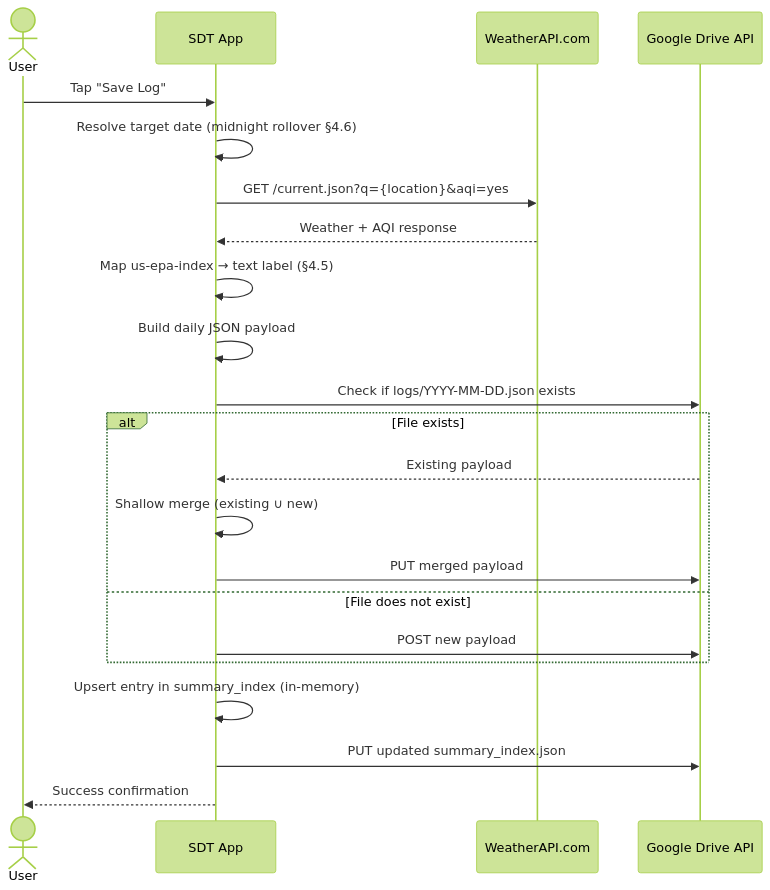
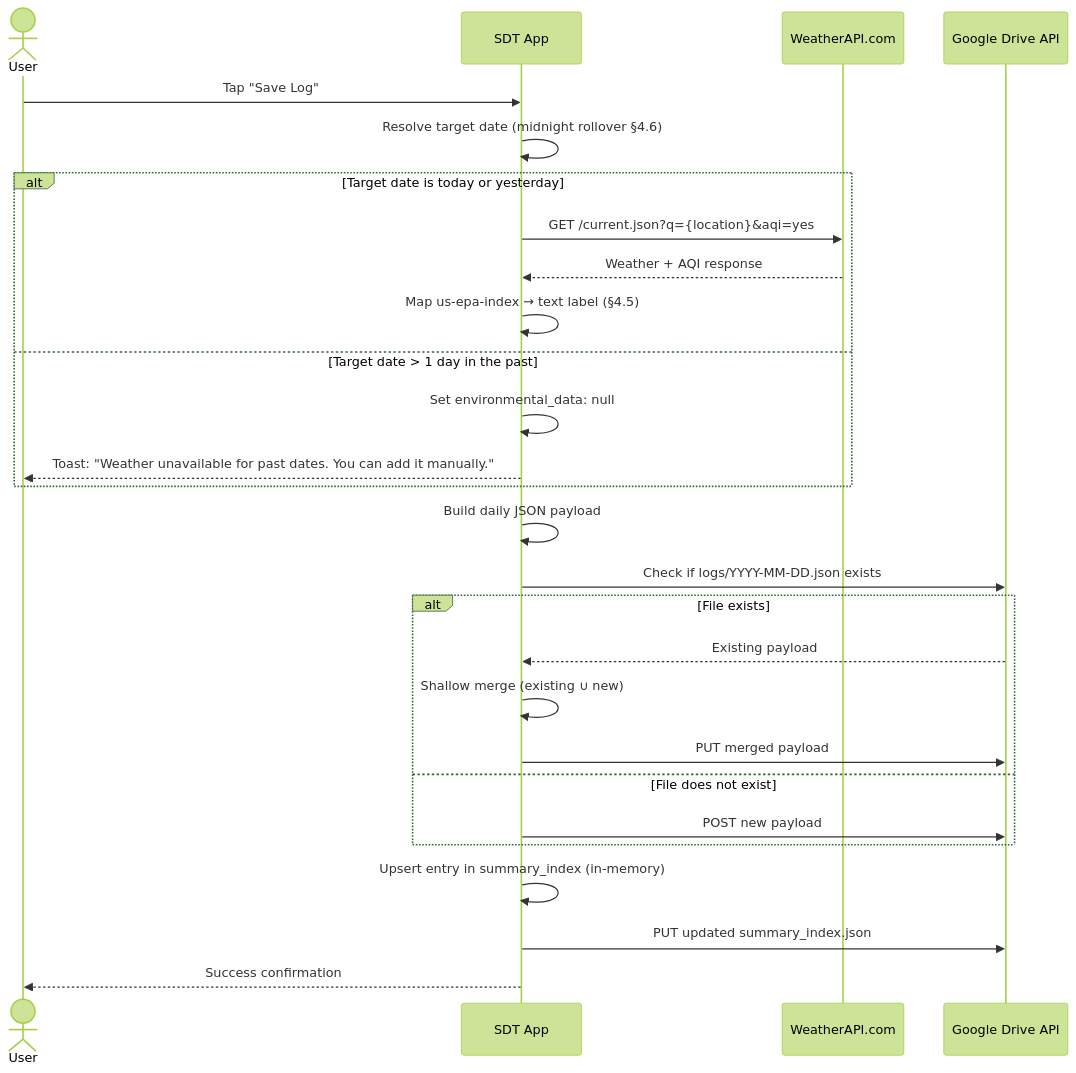
The third of 15 diagrams in documentation/design/high_level/001_high_level_design.md (Strider221B/silent-dynamic-tracker), drawn with Mermaid (forest theme) before and after one commit. The commit also changed other lines of this file, not shown here.

````diff
--- a/documentation/design/high_level/001_high_level_design.md
+++ b/documentation/design/high_level/001_high_level_design.md
@@ -112,28 +112,34 @@
 ```mermaid
 sequenceDiagram
     actor User
     participant App as SDT App
     participant API as WeatherAPI.com
     participant Drive as Google Drive API
 
     User->>App: Tap "Save Log"
     App->>App: Resolve target date (midnight rollover §4.6)
 
-    App->>API: GET /current.json?q={location}&aqi=yes
-    API-->>App: Weather + AQI response
-    App->>App: Map us-epa-index → text label (§4.5)
+    alt Target date is today or yesterday
+        App->>API: GET /current.json?q={location}&aqi=yes
+        API-->>App: Weather + AQI response
+        App->>App: Map us-epa-index → text label (§4.5)
+    else Target date > 1 day in the past
+        App->>App: Set environmental_data: null
+        App-->>User: Toast: "Weather unavailable for past dates. You can add it manually."
+    end
+
     App->>App: Build daily JSON payload
 
     App->>Drive: Check if logs/YYYY-MM-DD.json exists
     alt File exists
         Drive-->>App: Existing payload
         App->>App: Shallow merge (existing ∪ new)
         App->>Drive: PUT merged payload
     else File does not exist
         App->>Drive: POST new payload
     end
 
     App->>App: Upsert entry in summary_index (in-memory)
     App->>Drive: PUT updated summary_index.json
     App-->>User: Success confirmation
 ```
````
